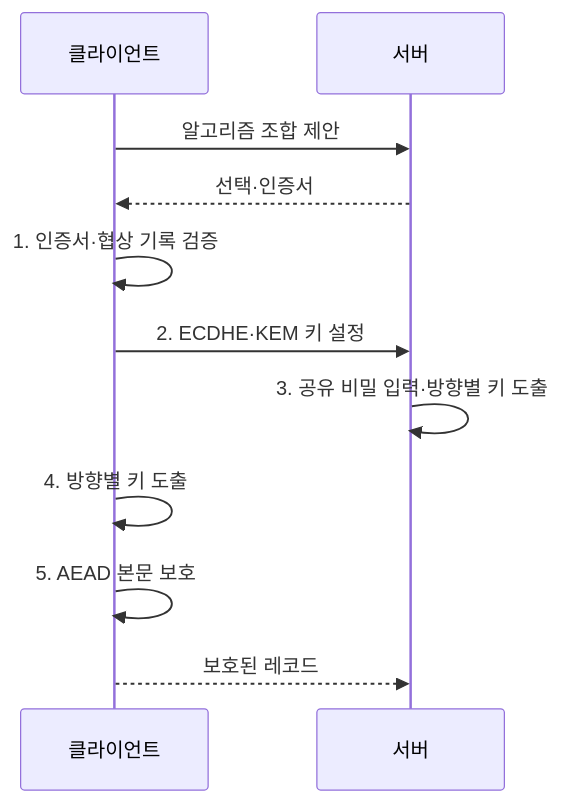
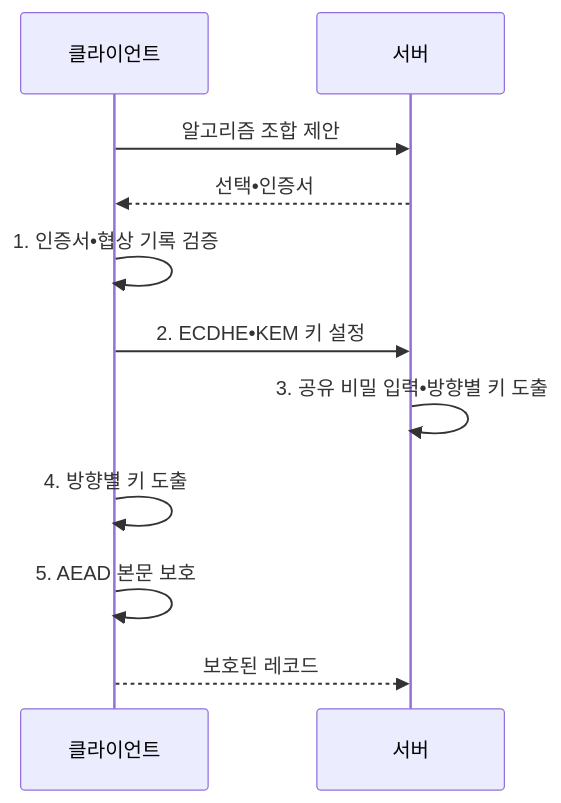
One commit to agnusdei1207/knowledge-base changed the second of 2 diagrams in src/content/docs/notes/05-security/003_hybrid_cryptography.md. Above: the diagram before and after it, drawn with Mermaid. The commit also changed other lines of this file and 953 other files, not shown here.

````diff
--- a/src/content/docs/notes/05-security/003_hybrid_cryptography.md
+++ b/src/content/docs/notes/05-security/003_hybrid_cryptography.md
@@ -103,13 +103,13 @@
 ```mermaid
 sequenceDiagram
     participant C as 클라이언트
     participant S as 서버
     C->>S: 알고리즘 조합 제안
-    S-->>C: 선택·인증서
-    C->>C: 1. 인증서·협상 기록 검증
-    C->>S: 2. ECDHE·KEM 키 설정
-    S->>S: 3. 공유 비밀 입력·방향별 키 도출
+    S-->>C: 선택•인증서
+    C->>C: 1. 인증서•협상 기록 검증
+    C->>S: 2. ECDHE•KEM 키 설정
+    S->>S: 3. 공유 비밀 입력•방향별 키 도출
     C->>C: 4. 방향별 키 도출
     C->>C: 5. AEAD 본문 보호
     C-->>S: 보호된 레코드
 ```
````
